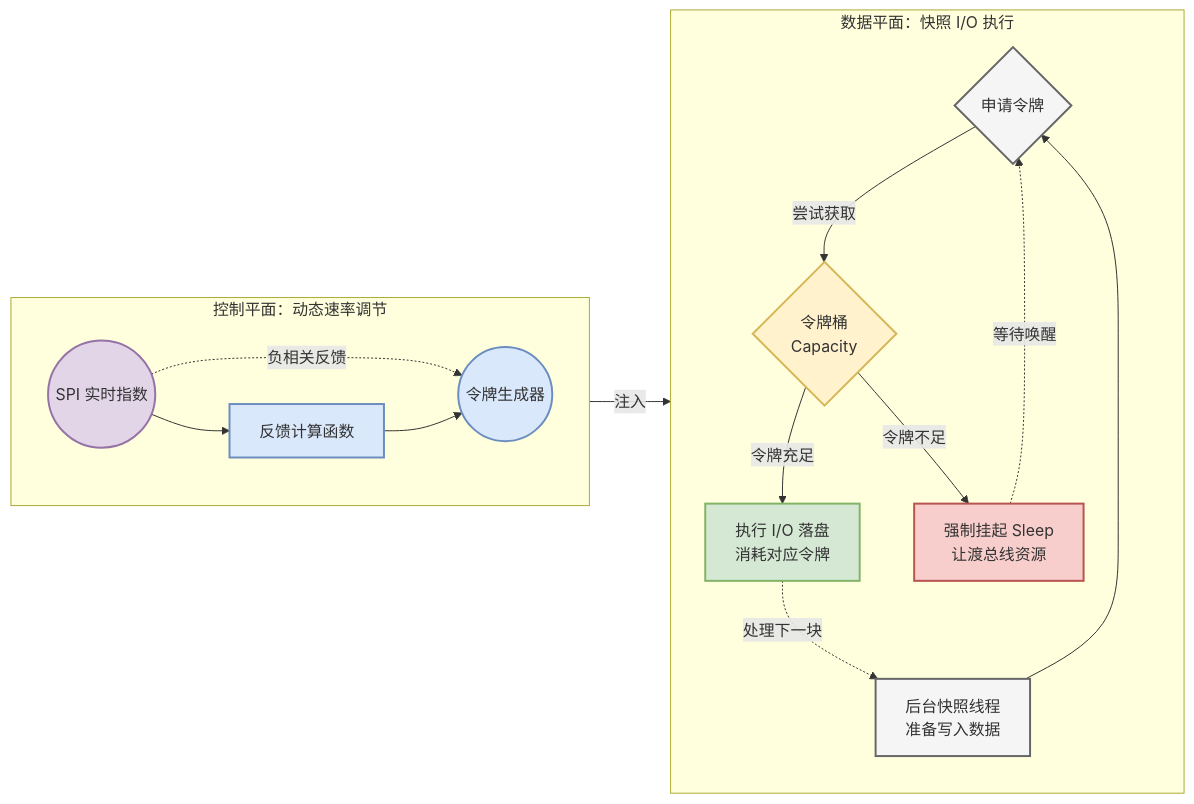
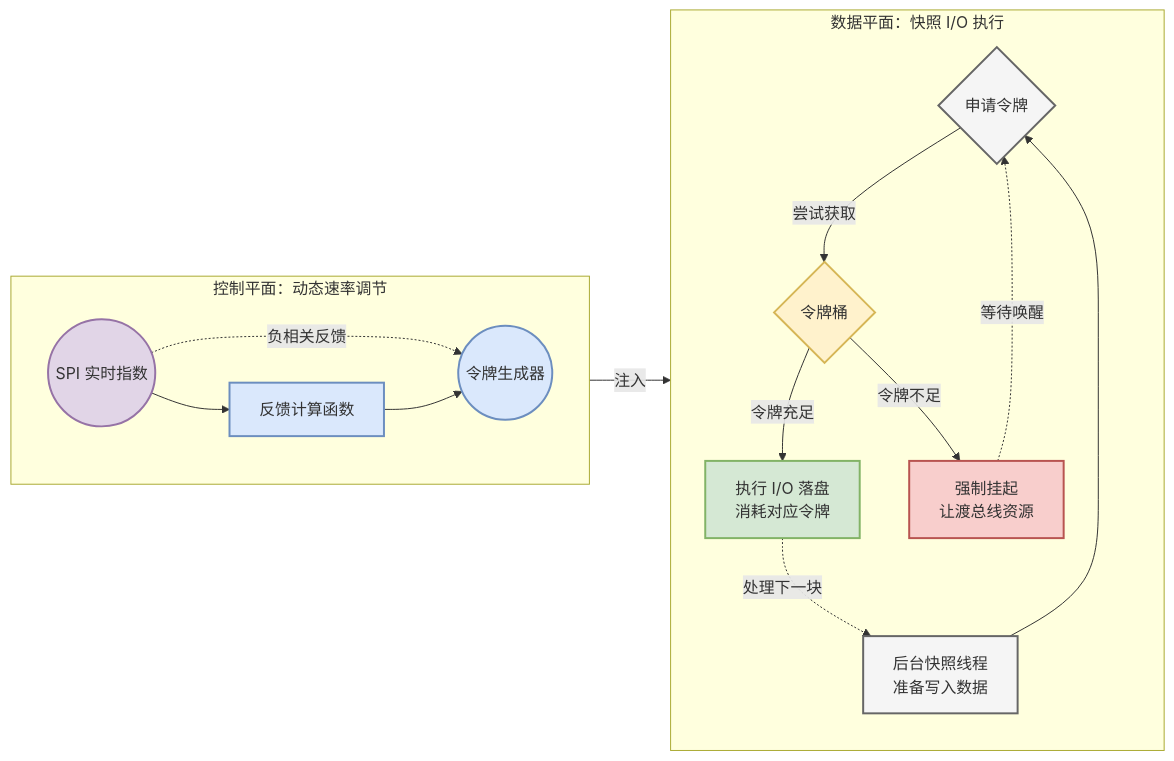
One commit to Soul-of-Sky/lunwen changed the diagram in figures/bucket.mmd. Above: the diagram before and after it, drawn with Mermaid. The commit also changed 22 other files, not shown here.

```diff
--- a/figures/bucket.mmd
+++ b/figures/bucket.mmd
@@ -1,44 +1,44 @@
 ---
 config:
   layout: dagre
 ---
 flowchart LR
  subgraph ControlPlane["控制平面：动态速率调节"]
     direction LR
         Formula["反馈计算函数"]
         SPI(("SPI 实时指数"))
         TokenGen(("令牌生成器"))
   end
  subgraph DataPlane["数据平面：快照 I/O 执行"]
     direction TB
         Request{"申请令牌"}
         Thread["后台快照线程<br>准备写入数据"]
-        Bucket{"令牌桶<br>Capacity"}
+        Bucket{"令牌桶"}
         IO_Action["执行 I/O 落盘<br>消耗对应令牌"]
-        Sleep["强制挂起 Sleep<br>让渡总线资源"]
+        Sleep["强制挂起<br>让渡总线资源"]
   end
     SPI --> Formula
     TokenGen -- 注入 --> Bucket
     Thread --> Request
     Request -- 尝试获取 --> Bucket
     Bucket -- 令牌充足 --> IO_Action
     Bucket -- 令牌不足 --> Sleep
     Sleep -. 等待唤醒 .-> Request
     IO_Action -. 处理下一块 .-> Thread
     SPI -. 负相关反馈 .-> TokenGen
     Formula --> TokenGen
 
      Formula:::control
      SPI:::input
      TokenGen:::control
      Request:::process
      Thread:::process
      Bucket:::bucket
      IO_Action:::action
      Sleep:::wait
     classDef control fill:#dae8fc,stroke:#6c8ebf,stroke-width:2px,color:#333
     classDef bucket fill:#fff2cc,stroke:#d6b656,stroke-width:2px,color:#333
     classDef process fill:#f5f5f5,stroke:#666,stroke-width:2px,color:#333
     classDef action fill:#d5e8d4,stroke:#82b366,stroke-width:2px,color:#333
     classDef wait fill:#f8cecc,stroke:#b85450,stroke-width:2px,color:#333
     classDef input fill:#e1d5e7,stroke:#9673a6,stroke-width:2px,color:#333
```
